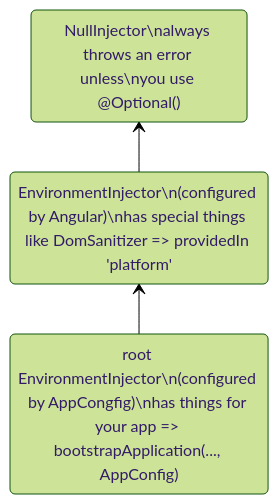
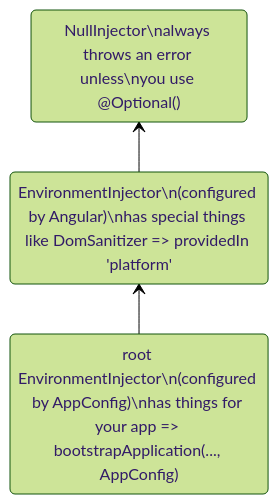
The first of 3 diagrams in adev/src/content/guide/di/hierarchical-dependency-injection.md (angular/angular), drawn with Mermaid (forest theme) before and after one commit. The commit also changed 7 other files, not shown here.

````diff
--- a/adev/src/content/guide/di/hierarchical-dependency-injection.md
+++ b/adev/src/content/guide/di/hierarchical-dependency-injection.md
@@ -98,10 +98,10 @@
 ```mermaid
 stateDiagram-v2
     elementInjector: EnvironmentInjector\n(configured by Angular)\nhas special things like DomSanitizer => providedIn 'platform'
-    rootInjector: root EnvironmentInjector\n(configured by AppCongfig)\nhas things for your app => bootstrapApplication(..., AppConfig)
+    rootInjector: root EnvironmentInjector\n(configured by AppConfig)\nhas things for your app => bootstrapApplication(..., AppConfig)
     nullInjector: NullInjector\nalways throws an error unless\nyou use @Optional()
 
     direction BT
     rootInjector --> elementInjector
     elementInjector --> nullInjector
 ```
````
